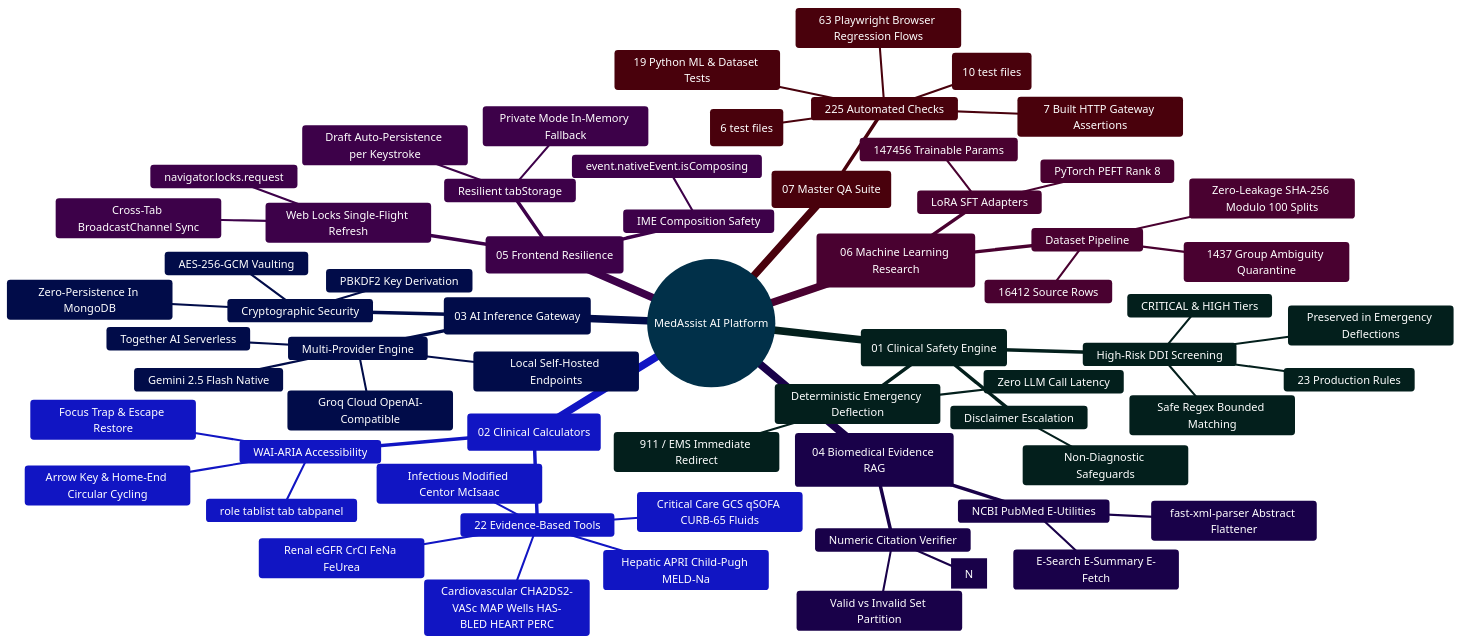
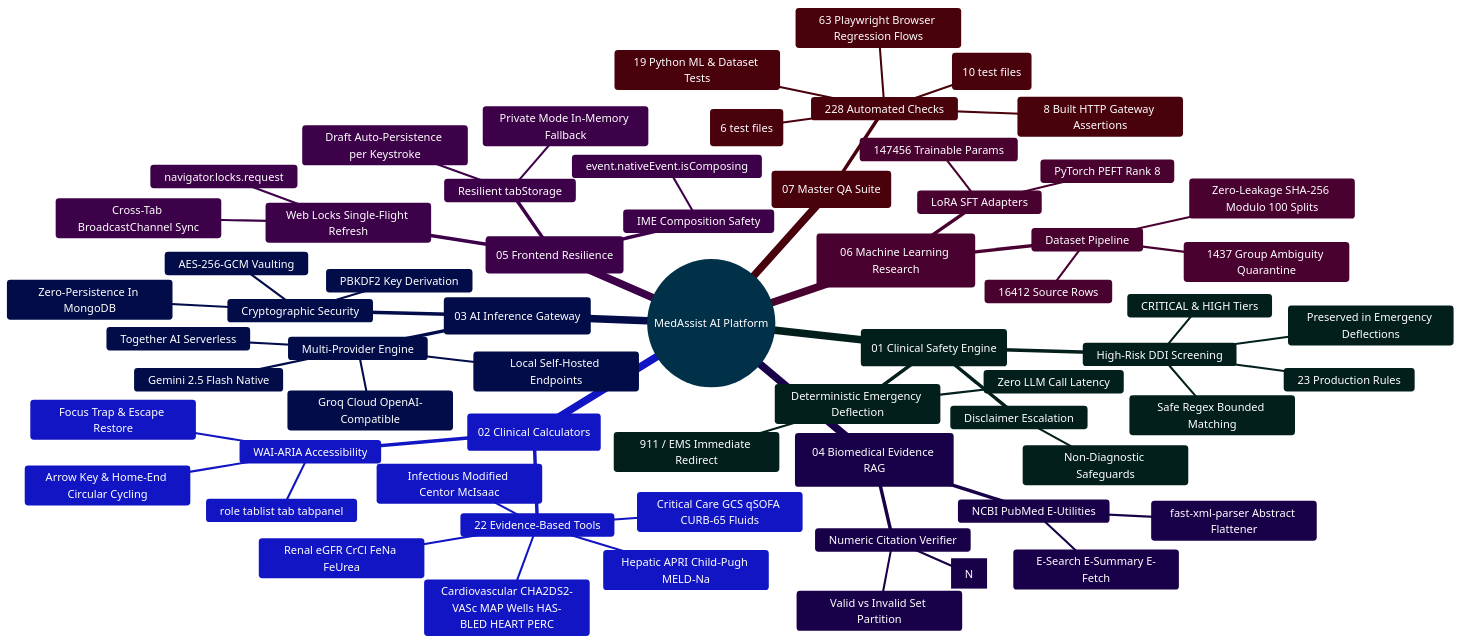
The diagram in docs/PRODUCTION_DEVELOPER_BUILD_GUIDE.md (Ganesh172919/React-App-LLM), drawn with Mermaid before and after one commit. The commit also changed other lines of this file and 32 other files, not shown here.

````diff
--- a/docs/PRODUCTION_DEVELOPER_BUILD_GUIDE.md
+++ b/docs/PRODUCTION_DEVELOPER_BUILD_GUIDE.md
@@ -81,76 +81,76 @@
 ```mermaid
 %%{init: {'theme': 'base', 'themeVariables': { 'primaryColor': '#0284c7', 'primaryTextColor': '#ffffff', 'primaryBorderColor': '#0369a1', 'lineColor': '#0284c7', 'secondaryColor': '#0d9488', 'tertiaryColor': '#6366f1' }}}%%
 mindmap
   root((MedAssist AI Platform))
     ::icon(fa fa-heartbeat)
     (01 Clinical Safety Engine)
       ::icon(fa fa-shield-virus)
       High-Risk DDI Screening
         23 Production Rules
         Safe Regex Bounded Matching
         CRITICAL & HIGH Tiers
         Preserved in Emergency Deflections
       Deterministic Emergency Deflection
         911 / EMS Immediate Redirect
         Zero LLM Call Latency
       Disclaimer Escalation
         Non-Diagnostic Safeguards
     (02 Clinical Calculators)
       ::icon(fa fa-calculator)
       22 Evidence-Based Tools
         Renal eGFR CrCl FeNa FeUrea
         Cardiovascular CHA2DS2-VASc MAP Wells HAS-BLED HEART PERC
         Critical Care GCS qSOFA CURB-65 Fluids
         Hepatic APRI Child-Pugh MELD-Na
         Infectious Modified Centor McIsaac
       WAI-ARIA Accessibility
         role tablist tab tabpanel
         Arrow Key & Home-End Circular Cycling
         Focus Trap & Escape Restore
     (03 AI Inference Gateway)
       ::icon(fa fa-brain)
       Multi-Provider Engine
         Gemini 2.5 Flash Native
         Groq Cloud OpenAI-Compatible
         Together AI Serverless
         Local Self-Hosted Endpoints
       Cryptographic Security
         AES-256-GCM Vaulting
         PBKDF2 Key Derivation
         Zero-Persistence In MongoDB
     (04 Biomedical Evidence RAG)
       ::icon(fa fa-book-medical)
       NCBI PubMed E-Utilities
         E-Search E-Summary E-Fetch
         fast-xml-parser Abstract Flattener
       Numeric Citation Verifier
         Strict Bracket Checking [N]
         Valid vs Invalid Set Partition
     (05 Frontend Resilience)
       ::icon(fa fa-desktop)
       Web Locks Single-Flight Refresh
         navigator.locks.request
         Cross-Tab BroadcastChannel Sync
       Resilient tabStorage
         Private Mode In-Memory Fallback
         Draft Auto-Persistence per Keystroke
       IME Composition Safety
         event.nativeEvent.isComposing
     (06 Machine Learning Research)
       ::icon(fa fa-dna)
       Dataset Pipeline
         16412 Source Rows
         1437 Group Ambiguity Quarantine
         Zero-Leakage SHA-256 Modulo 100 Splits
       LoRA SFT Adapters
         147456 Trainable Params
         PyTorch PEFT Rank 8
     (07 Master QA Suite)
       ::icon(fa fa-check-double)
-      225 Automated Checks
+      228 Automated Checks
         77 Backend Unit & Integration Tests (10 test files)
-        59 Frontend Vitest Tests (6 test files)
+        61 Frontend Vitest Tests (6 test files)
         19 Python ML & Dataset Tests
-        7 Built HTTP Gateway Assertions
+        8 Built HTTP Gateway Assertions
         63 Playwright Browser Regression Flows
 ```
````
